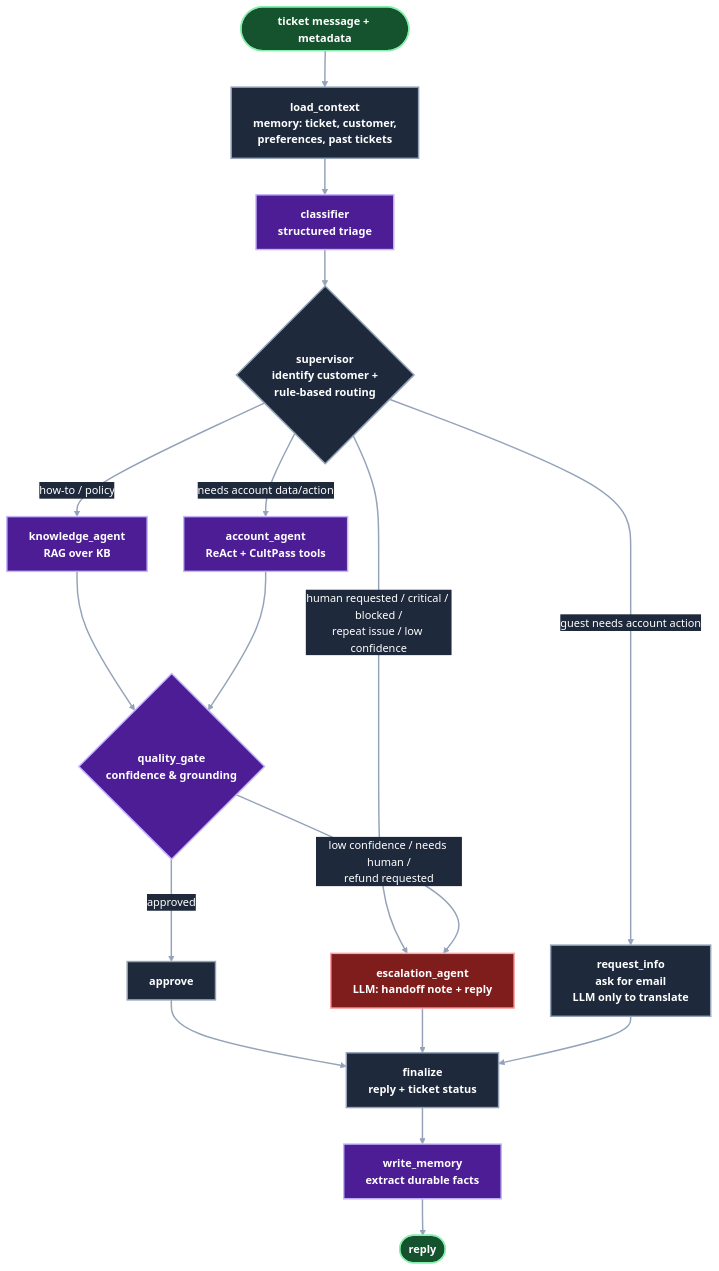
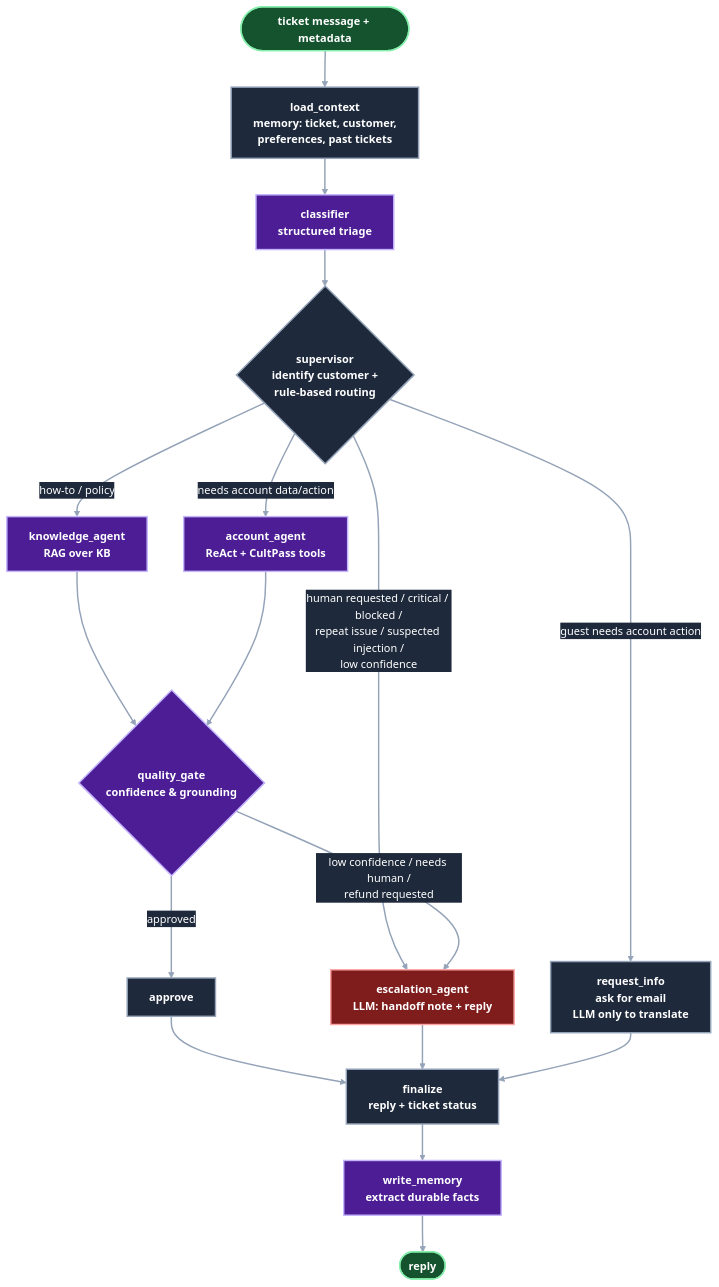
Before and after one commit to manish5593/uda-hub-multi-agent-support: the diagram in solution/agentic/design/README.md, drawn with Mermaid. The commit also changed 1 other file, not shown here.

Commit message:
Show suspected injection as an escalation reason in the diagrams

````diff
--- a/solution/agentic/design/README.md
+++ b/solution/agentic/design/README.md
@@ -20,29 +20,29 @@
 ```mermaid
 %%{init: {"theme": "base", "themeVariables": {"fontSize": "15px", "background": "#0f172a", "lineColor": "#94a3b8", "textColor": "#ffffff", "primaryTextColor": "#ffffff", "edgeLabelBackground": "#1e293b", "tertiaryTextColor": "#ffffff"}}}%%
 graph TD
     START([ticket message + metadata]) --> LC[load_context<br/>memory: ticket, customer,<br/>preferences, past tickets]
     LC --> CL[classifier<br/>structured triage]
     CL --> SU{supervisor<br/>identify customer +<br/>rule-based routing}
     SU -->|how-to / policy| KA[knowledge_agent<br/>RAG over KB]
     SU -->|needs account data/action| AA[account_agent<br/>ReAct + CultPass tools]
     SU -->|guest needs account action| RI[request_info<br/>ask for email<br/>LLM only to translate]
-    SU -->|human requested / critical / blocked /<br/>repeat issue / low confidence| EA[escalation_agent<br/>LLM: handoff note + reply]
+    SU -->|human requested / critical / blocked /<br/>repeat issue / suspected injection /<br/>low confidence| EA[escalation_agent<br/>LLM: handoff note + reply]
     KA --> QG{quality_gate<br/>confidence & grounding}
     AA --> QG
     QG -->|approved| AP[approve]
     QG -->|low confidence / needs human /<br/>refund requested| EA
     AP --> FI[finalize<br/>reply + ticket status]
     EA --> FI
     RI --> FI
     FI --> WM[write_memory<br/>extract durable facts]
     WM --> OUT([reply])
 
     classDef default fill:#1e293b,stroke:#94a3b8,stroke-width:2px,color:#ffffff,font-weight:bold
     classDef io fill:#14532d,stroke:#86efac,stroke-width:2px,color:#ffffff,font-weight:bold
     classDef llm fill:#4c1d95,stroke:#c4b5fd,stroke-width:2px,color:#ffffff,font-weight:bold
     classDef escalation fill:#7f1d1d,stroke:#fca5a5,stroke-width:2px,color:#ffffff,font-weight:bold
     class START,OUT io
     class CL,KA,AA,QG,WM llm
     class EA escalation
     linkStyle default stroke:#94a3b8,stroke-width:2px
 ```
````
